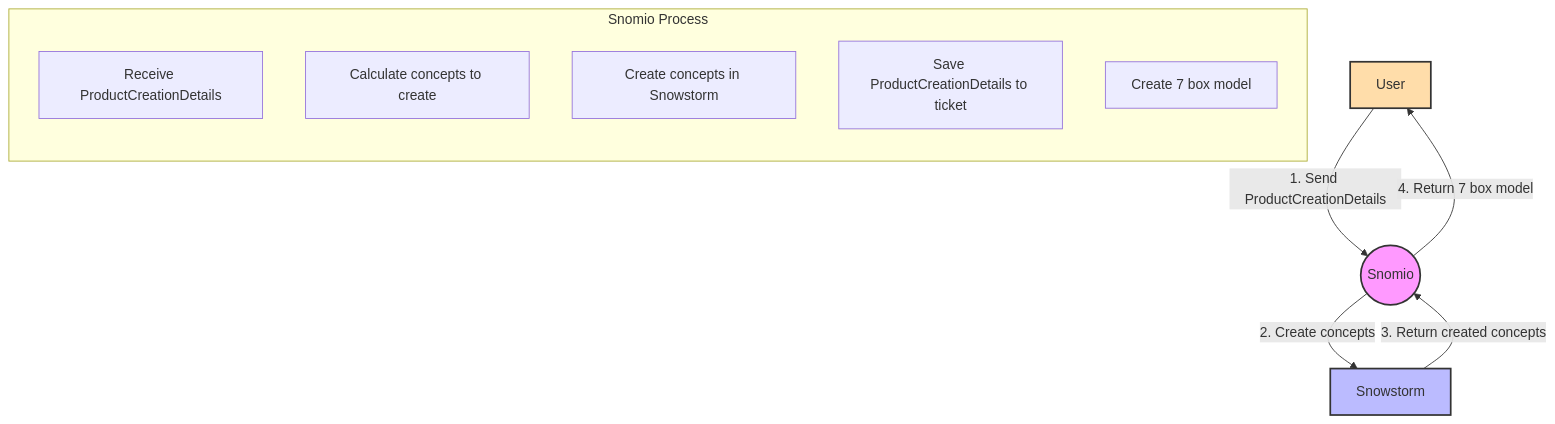
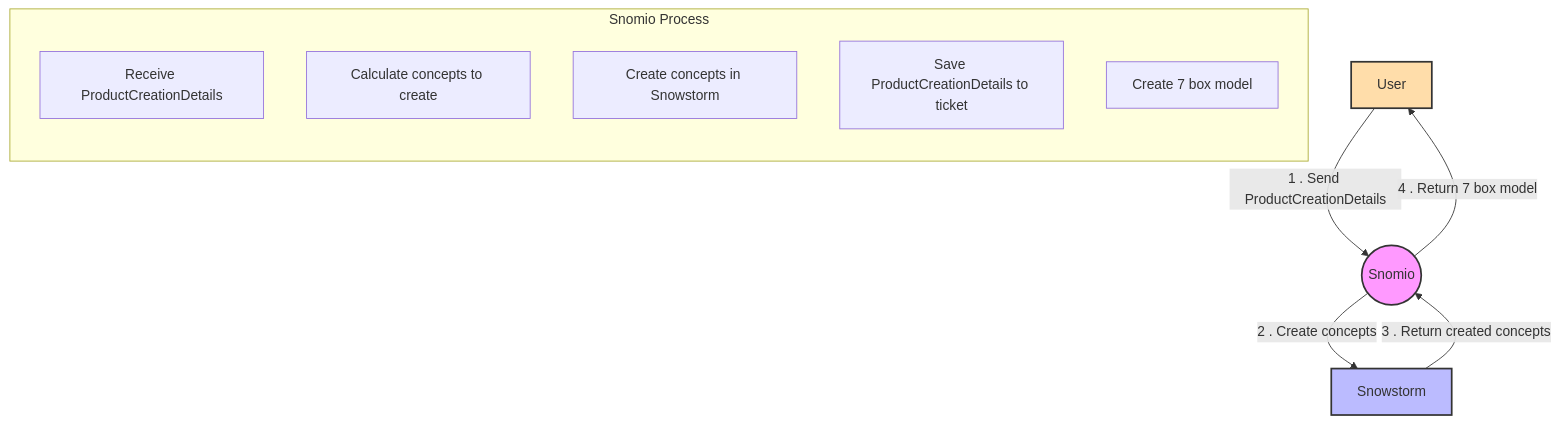
One commit to AuDigitalHealth/lingo changed the sixth of 6 diagrams in docs/design/integration-points.md. Above: the diagram before and after it, drawn with Mermaid. The commit also changed other lines of this file, not shown here.

````diff
--- a/docs/design/integration-points.md
+++ b/docs/design/integration-points.md
@@ -199,25 +191,22 @@
 ```mermaid
 graph TB
     subgraph Snomio Process
         direction TB
         ReceivePayload[Receive ProductCreationDetails]
         CalculateConcepts[Calculate concepts to create]
         CreateConcepts[Create concepts in Snowstorm]
         SaveDetails[Save ProductCreationDetails to ticket]
         Create7BoxModel[Create 7 box model]
     end
-    
+
     User[User]
     Snomio((Snomio))
     Snowstorm[Snowstorm]
-    
-    User -->|1. Send ProductCreationDetails| Snomio
-    Snomio -->|2. Create concepts| Snowstorm
-    Snowstorm -->|3. Return created concepts| Snomio
-    Snomio -->|4. Return 7 box model| User
-    
-    
-    style User fill:#fda,stroke:#333,stroke-width:2px
-    style Snomio fill:#f9f,stroke:#333,stroke-width:2px
-    style Snowstorm fill:#bbf,stroke:#333,stroke-width:2px
+    User -->|1 . Send ProductCreationDetails| Snomio
+    Snomio -->|2 . Create concepts| Snowstorm
+    Snowstorm -->|3 . Return created concepts| Snomio
+    Snomio -->|4 . Return 7 box model| User
+    style User fill: #fda, stroke: #333, stroke-width: 2px
+    style Snomio fill: #f9f, stroke: #333, stroke-width: 2px
+    style Snowstorm fill: #bbf, stroke: #333, stroke-width: 2px
 ```
````
